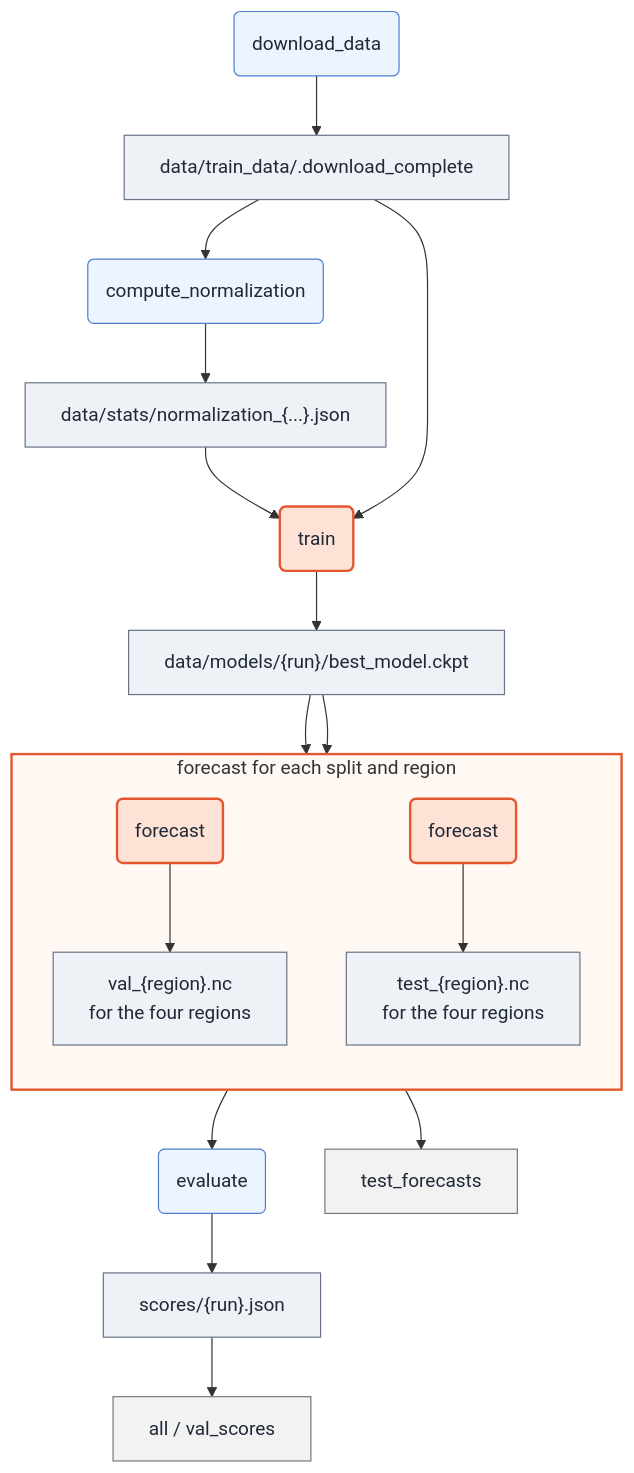
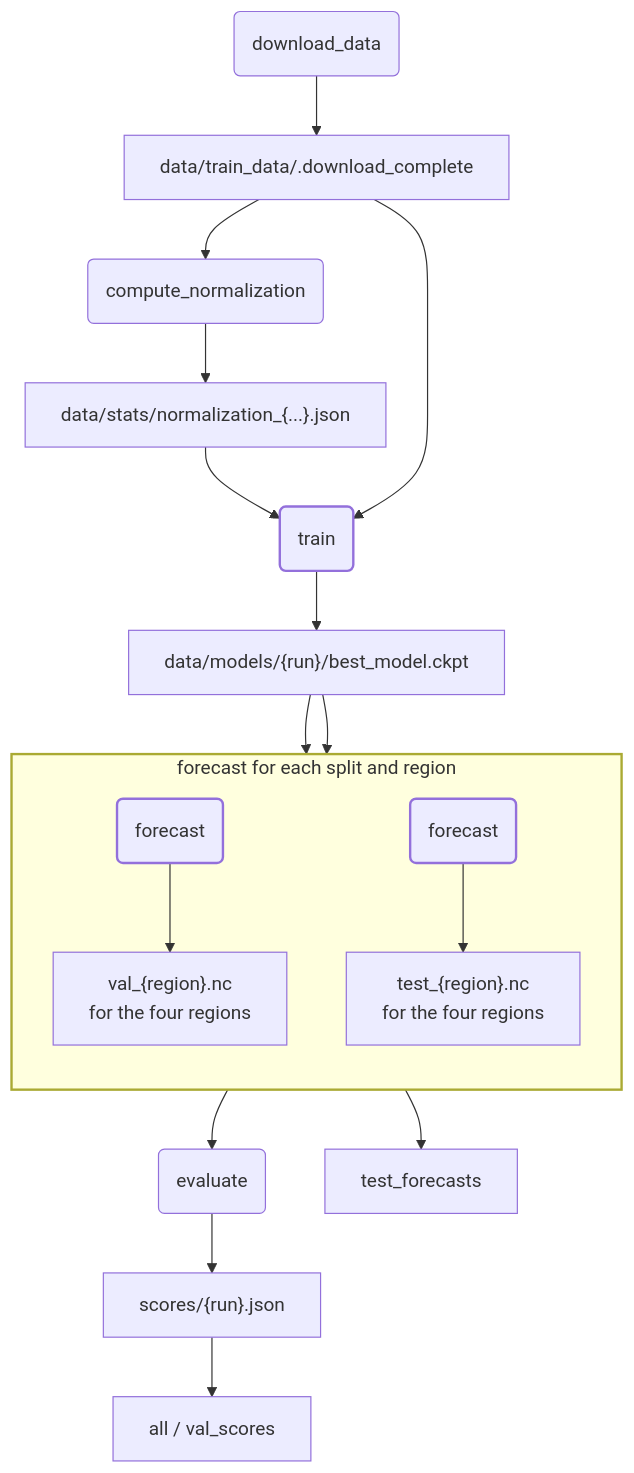
One commit to martibosch/martibosch.github.io changed the first of 3 diagrams in _posts/2026-05-08-ci2026-good-practices.md. Above: the diagram before and after it, drawn with Mermaid. The commit also changed other lines of this file and 21 other files, not shown here.

Commit message:
feat: added auto dark/light theme; update mermaid styles

````diff
--- a/_posts/2026-05-08-ci2026-good-practices.md
+++ b/_posts/2026-05-08-ci2026-good-practices.md
@@ -110,39 +110,39 @@
 ```mermaid
 flowchart TB
     download_data(download_data)
     data_ready["data/train_data/.download_complete"]
     compute_norm(compute_normalization)
     norm_stats["data/stats/normalization_{...}.json"]
     train(train)
     ckpt["data/models/{run}/best_model.ckpt"]
 
     subgraph forecasts["forecast for each split and region"]
         direction TB
         forecast_val(forecast)
         val_forecasts["val_{region}.nc<br/>for the four regions"]
         forecast_test(forecast)
         test_forecasts["test_{region}.nc<br/>for the four regions"]
     end
 
     evaluate(evaluate)
     score["scores/{run}.json"]
     all_target["all / val_scores"]
     test_target["test_forecasts"]
 
     download_data --> data_ready --> compute_norm --> norm_stats --> train --> ckpt
     data_ready --> train
     ckpt --> forecast_val --> val_forecasts
     ckpt --> forecast_test --> test_forecasts
     val_forecasts --> evaluate --> score --> all_target
     test_forecasts --> test_target
 
-    classDef data fill:#eef2f7,stroke:#687385,color:#1f2937;
-    classDef task fill:#ecf4ff,stroke:#4f7dcf,color:#1f2937;
-    classDef gpu fill:#ffe2d6,stroke:#e4572e,stroke-width:2px,color:#1f2937;
-    classDef target fill:#f2f2f2,stroke:#777,color:#1f2937;
+    classDef data fill:$DATA_FILL,stroke:$DATA_STROKE,color:$NODE_TEXT;
+    classDef task fill:$TASK_FILL,stroke:$TASK_STROKE,color:$NODE_TEXT;
+    classDef gpu fill:$GPU_FILL,stroke:$GPU_STROKE,stroke-width:2px,color:$NODE_TEXT;
+    classDef target fill:$TARGET_FILL,stroke:$TARGET_STROKE,color:$NODE_TEXT;
     class data_ready,ckpt,val_forecasts,test_forecasts,score,norm_stats data;
     class train,forecast_val,forecast_test gpu;
     class download_data,evaluate,compute_norm task;
     class all_target,test_target target;
-    style forecasts fill:#fff8f3,stroke:#e4572e,stroke-width:2px
+    style forecasts fill:$SUB_GPU_FILL,stroke:$SUB_GPU_STROKE,stroke-width:2px
 ```
````
